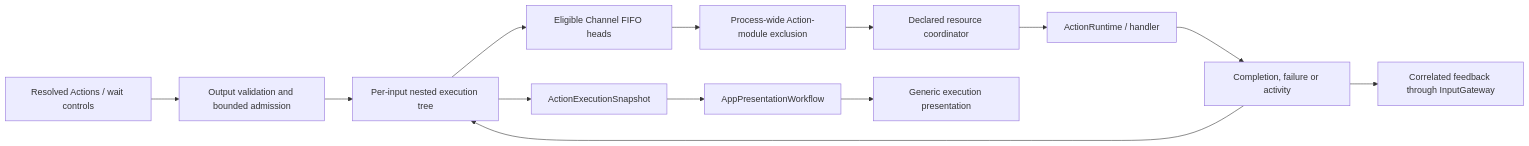
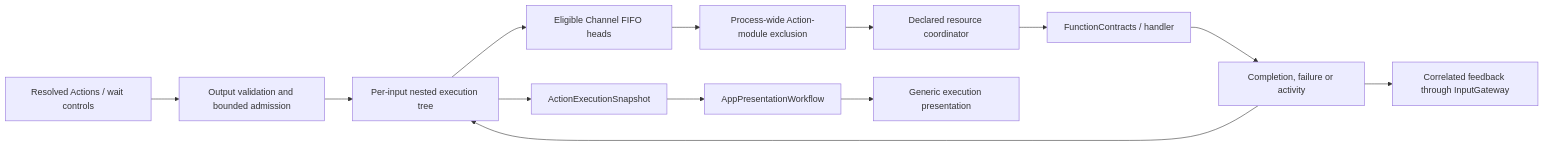
Before and after one commit to devilyouwei/MobileHarness: the seventh of 15 diagrams in MobileHarness/README.md, drawn with Mermaid. The commit also changed other lines of this file and 238 other files, not shown here.

````diff
--- a/MobileHarness/README.md
+++ b/MobileHarness/README.md
@@ -430,15 +450,15 @@
 ```mermaid
 flowchart LR
     Calls[Resolved Actions / wait controls] --> Admission[Output validation and bounded admission]
     Admission --> Tree[Per-input nested execution tree]
     Tree --> Heads[Eligible Channel FIFO heads]
     Heads --> Module[Process-wide Action-module exclusion]
     Module --> Resource[Declared resource coordinator]
-    Resource --> Runtime[ActionRuntime / handler]
+    Resource --> Runtime[FunctionContracts / handler]
     Runtime --> Result[Completion, failure or activity]
     Result --> Tree
     Result --> Feedback[Correlated feedback through InputGateway]
     Tree --> Snapshot[ActionExecutionSnapshot]
     Snapshot --> Presentation[AppPresentationWorkflow]
     Presentation --> UI[Generic execution presentation]
 ```
````
